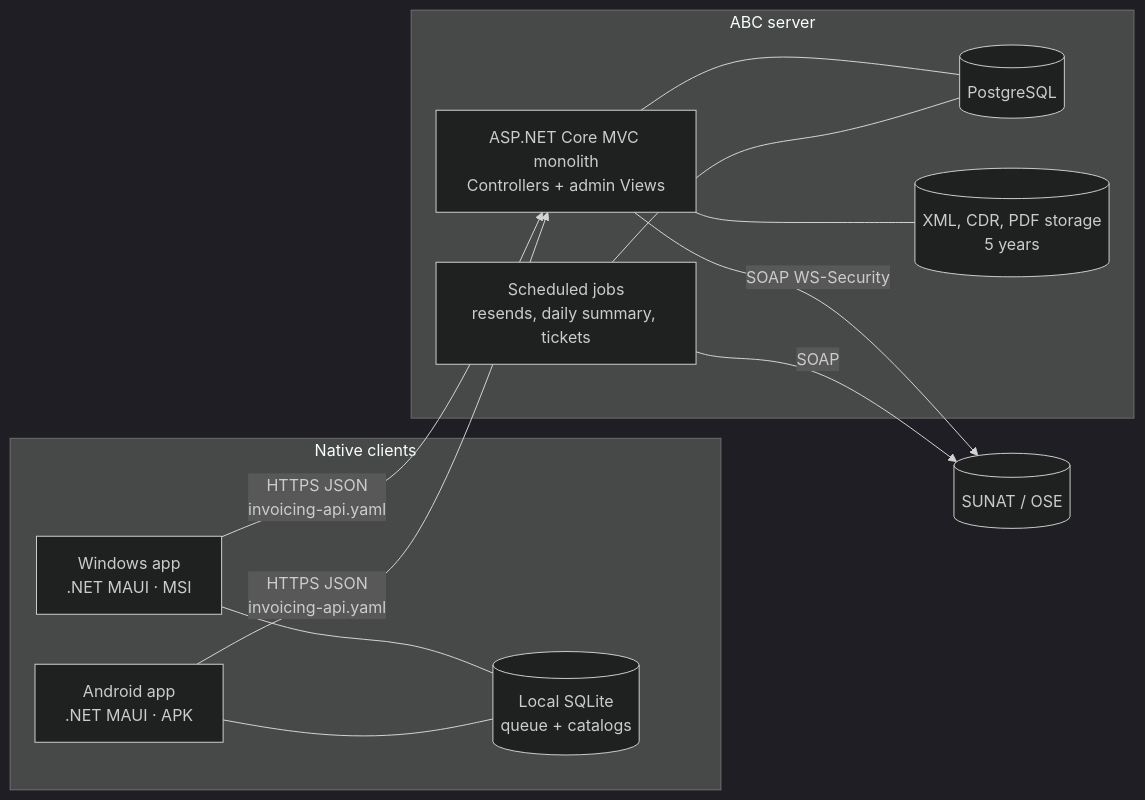
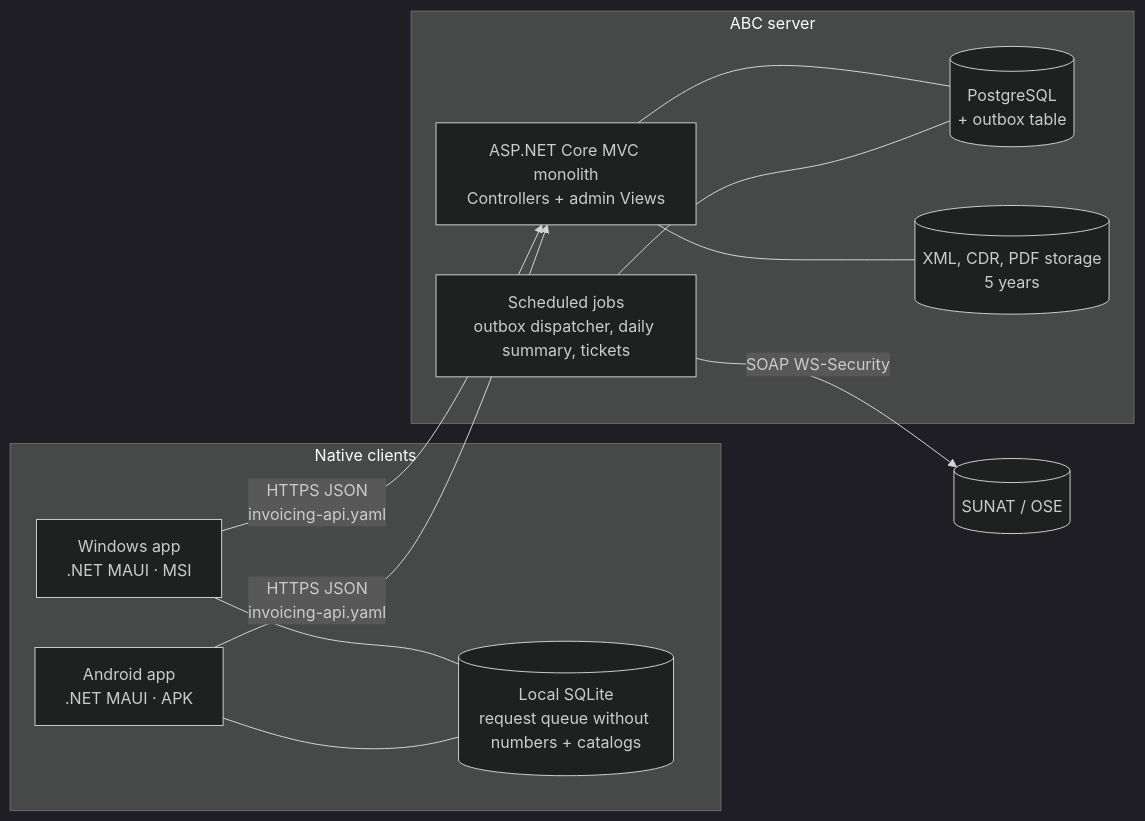
The second of 8 diagrams in specs/architecture/architecture.md (juan745Guevara/Medio-curso-Hubel), drawn with Mermaid (dark theme) before and after one commit. The commit also changed other lines of this file and 174 other files, not shown here.

````diff
--- a/specs/architecture/architecture.md
+++ b/specs/architecture/architecture.md
@@ -27,21 +29,20 @@
 ```mermaid
 flowchart LR
   subgraph Native clients
     win[Windows app<br/>.NET MAUI · MSI]
     and[Android app<br/>.NET MAUI · APK]
-    cache[(Local SQLite<br/>queue + catalogs)]
+    cache[(Local SQLite<br/>request queue without numbers + catalogs)]
   end
   subgraph ABC server
     web[ASP.NET Core MVC monolith<br/>Controllers + admin Views]
-    jobs[Scheduled jobs<br/>resends, daily summary, tickets]
-    db[(PostgreSQL)]
+    jobs[Scheduled jobs<br/>outbox dispatcher, daily summary, tickets]
+    db[(PostgreSQL<br/>+ outbox table)]
     files[(XML, CDR, PDF storage<br/>5 years)]
   end
   win & and -- HTTPS JSON<br/>invoicing-api.yaml --> web
   win & and --- cache
   web --- db
   jobs --- db
   web --- files
-  web -- SOAP WS-Security --> sunat[(SUNAT / OSE)]
-  jobs -- SOAP --> sunat
+  jobs -- SOAP WS-Security --> sunat[(SUNAT / OSE)]
 ```
````
